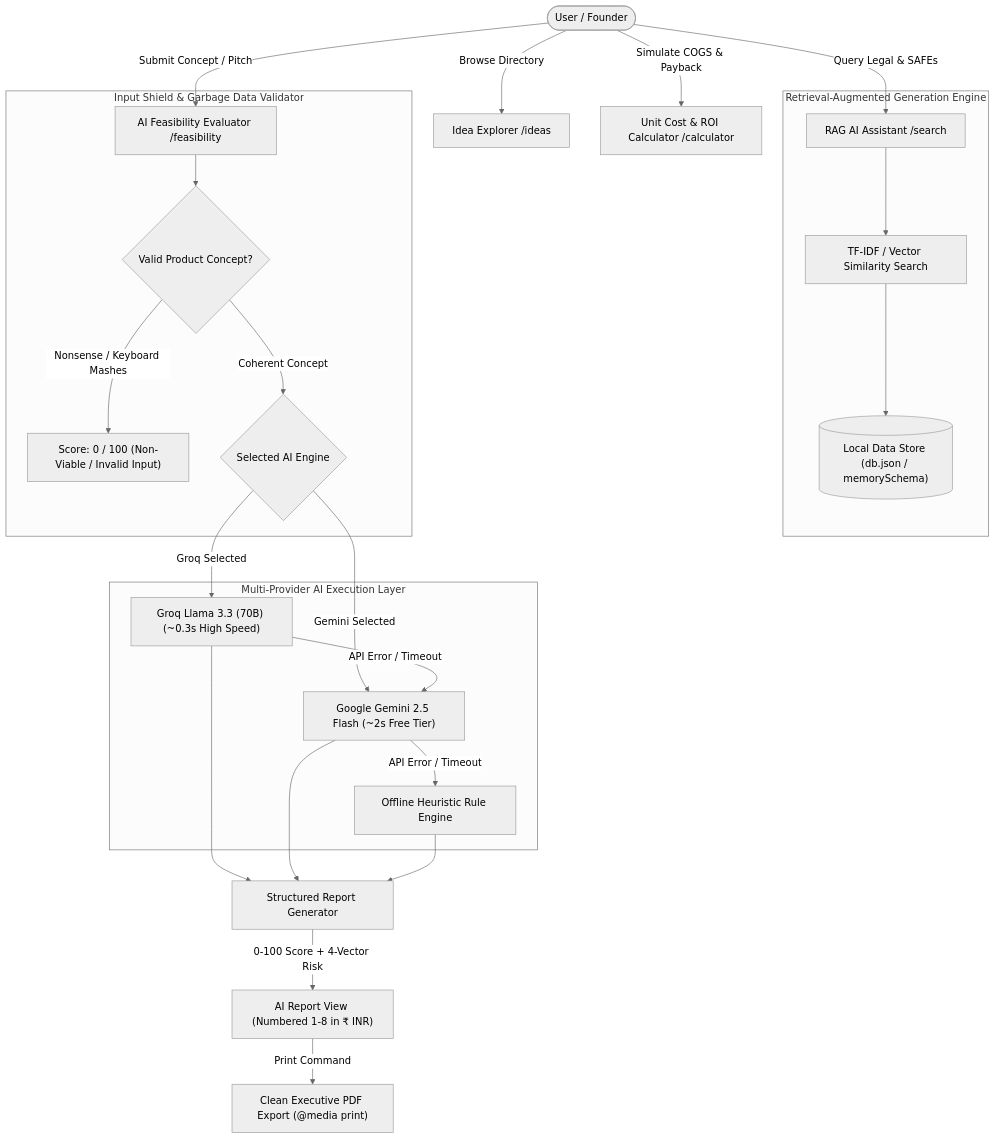
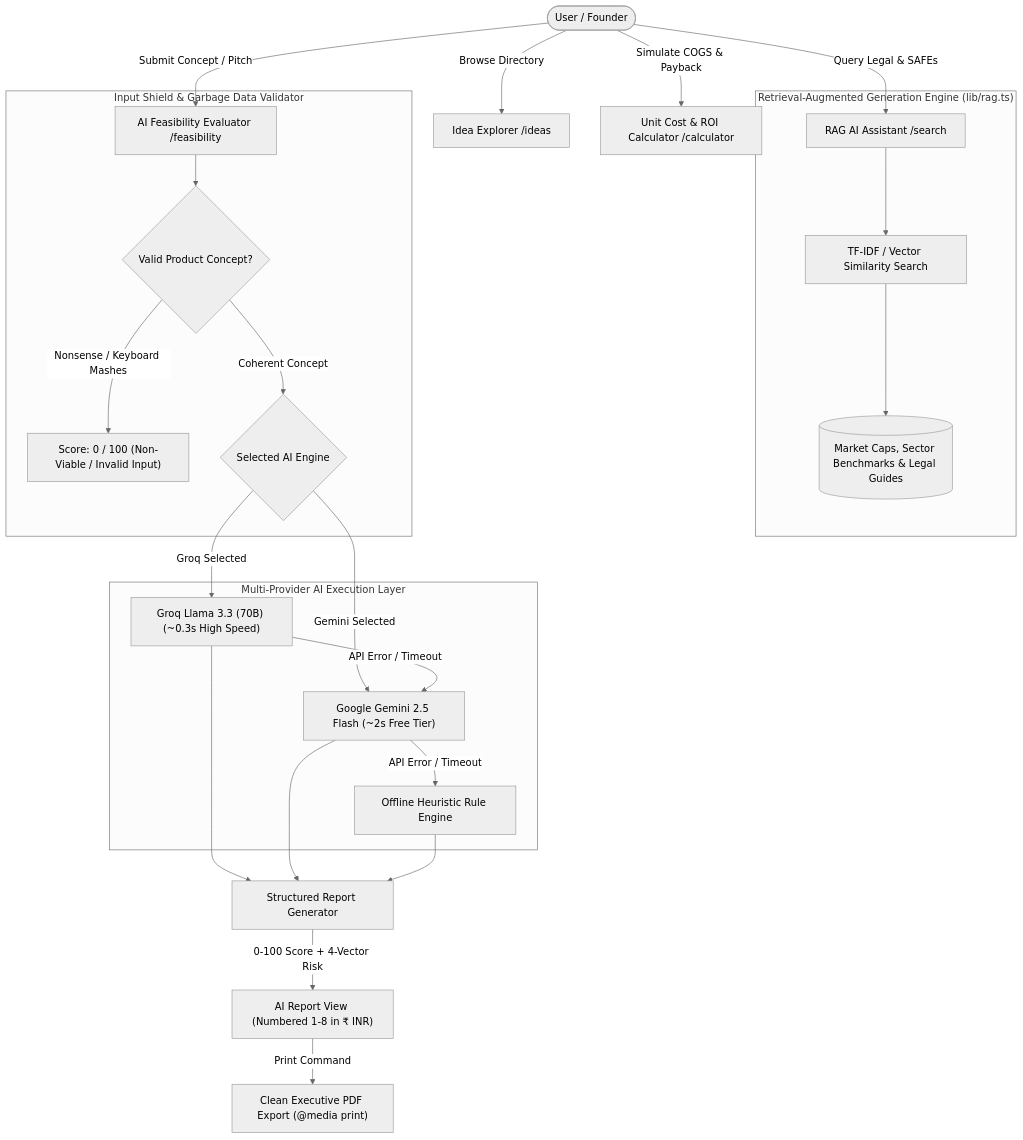
One commit to aryan8434/startup-navigator changed the diagram in docs/startup_navigator_technical_documentation.md. Above: the diagram before and after it, drawn with Mermaid (neutral theme). The commit also changed other lines of this file and 1 other file, not shown here.

Commit message:
Update technical documentation with RAG market cap grounding architecture

````diff
--- a/docs/startup_navigator_technical_documentation.md
+++ b/docs/startup_navigator_technical_documentation.md
@@ -37,32 +56,32 @@
 ```mermaid
 flowchart TD
     User([User / Founder]) -->|Browse Directory| Explorer[Idea Explorer /ideas]
     User -->|Submit Concept / Pitch| FeasibilityForm[AI Feasibility Evaluator /feasibility]
     User -->|Query Legal & SAFEs| RAGSearch[RAG AI Assistant /search]
     User -->|Simulate COGS & Payback| CostCalc[Unit Cost & ROI Calculator /calculator]
 
-    subgraph RAG_Engine ["Retrieval-Augmented Generation Engine"]
+    subgraph RAG_Engine ["Retrieval-Augmented Generation Engine (lib/rag.ts)"]
         RAGSearch --> VectorSearch["TF-IDF / Vector Similarity Search"]
-        VectorSearch --> LocalDB[("Local Data Store (db.json / memorySchema)")]
+        VectorSearch --> LocalDB[("Market Caps, Sector Benchmarks & Legal Guides")]
     end
 
     subgraph Garbage_Validation ["Input Shield & Garbage Data Validator"]
         FeasibilityForm --> InputCheck{"Valid Product Concept?"}
         InputCheck -->|Nonsense / Keyboard Mashes| ZeroScore["Score: 0 / 100 (Non-Viable / Invalid Input)"]
         InputCheck -->|Coherent Concept| ModelSelector{"Selected AI Engine"}
     end
 
     subgraph Multi_AI_Engine ["Multi-Provider AI Execution Layer"]
         ModelSelector -->|Groq Selected| GroqAPI["Groq Llama 3.3 (70B) (~0.3s High Speed)"]
         ModelSelector -->|Gemini Selected| GeminiAPI["Google Gemini 2.5 Flash (~2s Free Tier)"]
         GroqAPI -->|API Error / Timeout| GeminiAPI
         GeminiAPI -->|API Error / Timeout| RuleEngine["Offline Heuristic Rule Engine"]
     end
 
     GroqAPI --> FeasibilityReport["Structured Report Generator"]
     GeminiAPI --> FeasibilityReport
     RuleEngine --> FeasibilityReport
 
     FeasibilityReport -->|0-100 Score + 4-Vector Risk| ReportUI["AI Report View (Numbered 1-8 in ₹ INR)"]
     ReportUI -->|Print Command| PDFExport["Clean Executive PDF Export (@media print)"]
 ```
````
